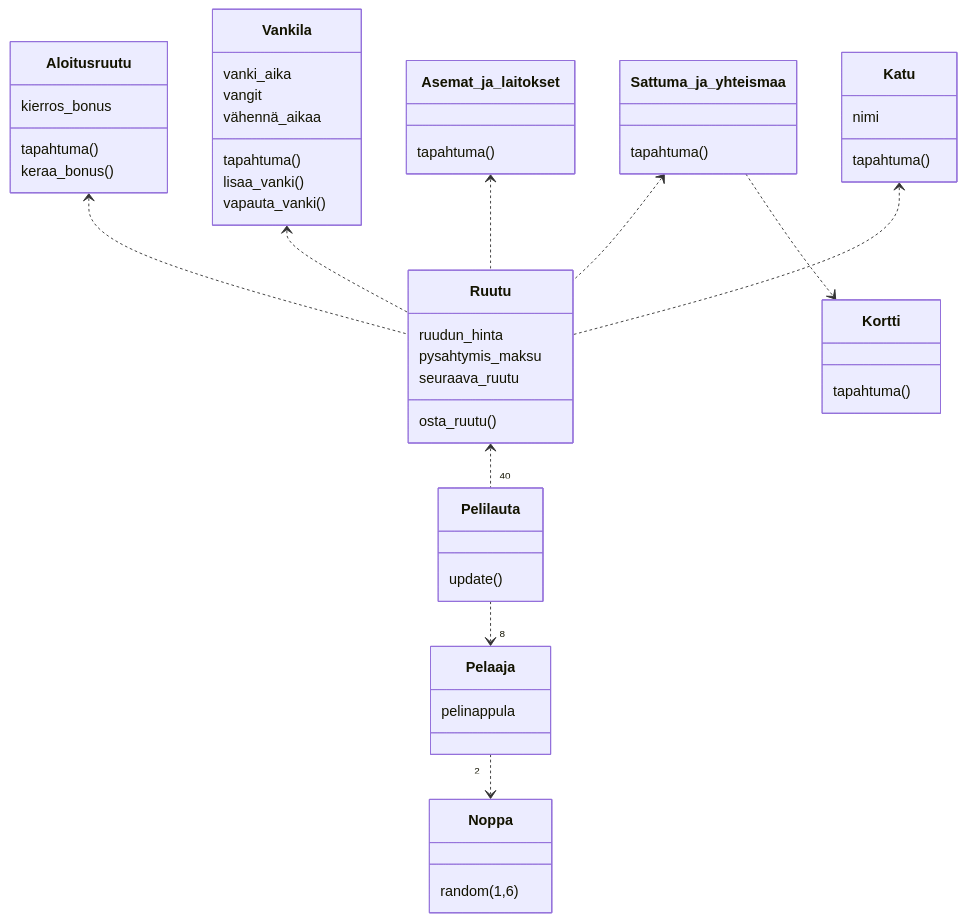
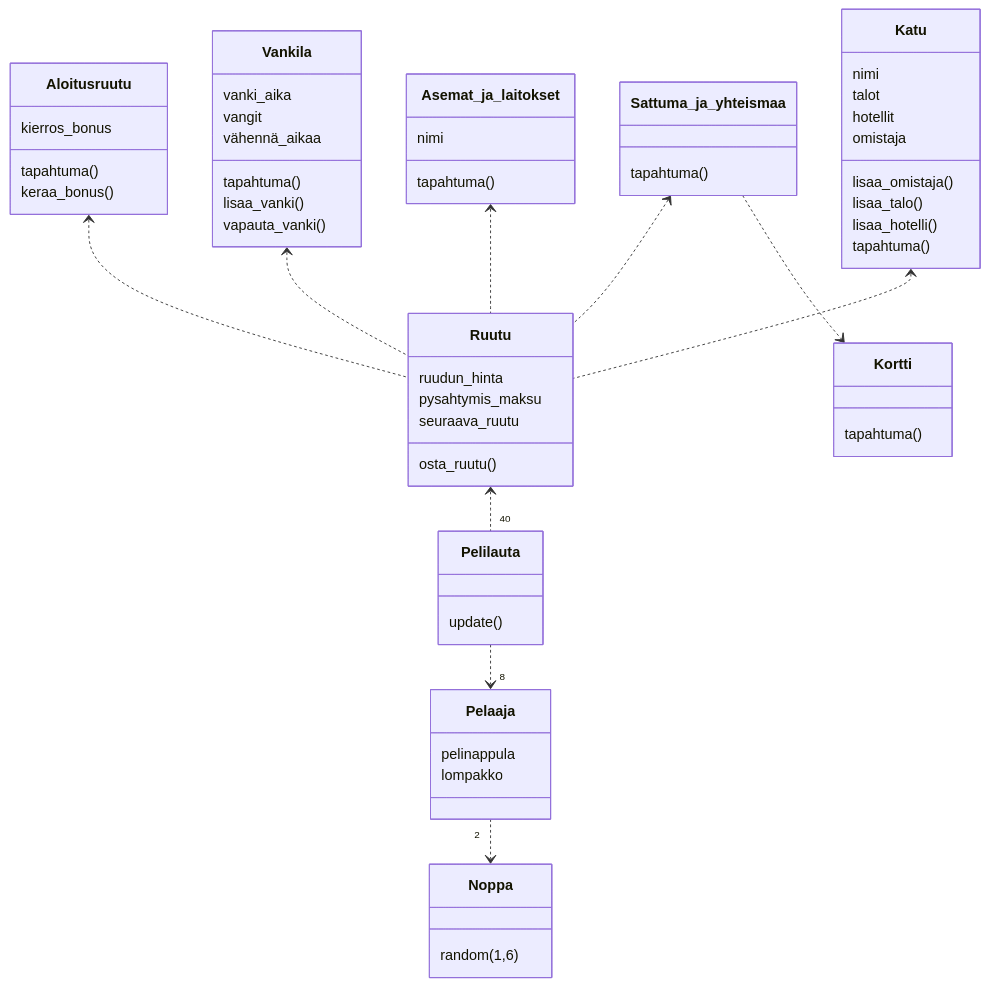
The second of 2 diagrams in laskarit/viikko3/UML.md (VehvilainenPooki/OTProjekti), drawn with Mermaid before and after one commit.

````diff
--- a/laskarit/viikko3/UML.md
+++ b/laskarit/viikko3/UML.md
@@ -23,61 +23,69 @@
 ```mermaid
  classDiagram
       Pelaaja "2" ..> Noppa
       Pelilauta ..> "8" Pelaaja
       
       
       Ruutu <.. "40" Pelilauta
       
       Aloitusruutu <.. Ruutu
       Vankila <.. Ruutu
       Sattuma_ja_yhteismaa <.. Ruutu
       Asemat_ja_laitokset <.. Ruutu
       Katu <.. Ruutu
       
       Sattuma_ja_yhteismaa ..> Kortti
       
       class Aloitusruutu{
           tapahtuma()
           kierros_bonus
           keraa_bonus()
       }
       class Vankila{
           tapahtuma()
           vanki_aika
           vangit
           lisaa_vanki()
           vapauta_vanki()
           vähennä_aikaa
       }
       class Sattuma_ja_yhteismaa{
           tapahtuma()
       }
       class Asemat_ja_laitokset{
+          nimi
           tapahtuma()
       }
       
       class Kortti{
           tapahtuma()
       }
 
       class Katu{
+          nimi
+          talot
+          hotellit
+          omistaja
+          lisaa_omistaja()
+          lisaa_talo()
+          lisaa_hotelli()
           tapahtuma()
-          nimi
       }
       class Ruutu{
           ruudun_hinta
           pysahtymis_maksu
           seuraava_ruutu
           osta_ruutu()
       }
       
       class Pelilauta{
           update()
       }
       class Pelaaja{
           pelinappula
+          lompakko
       }
       class Noppa{
           random(1,6)
       }
 ```
````
